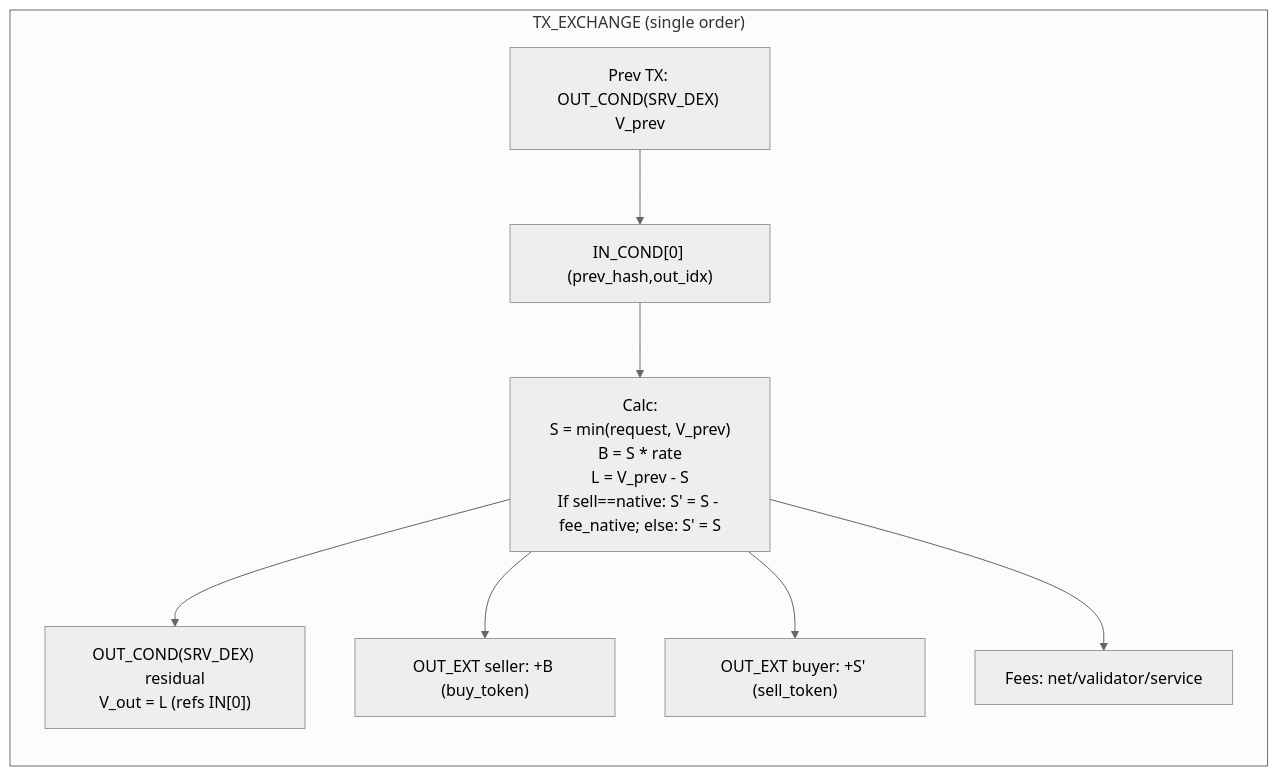
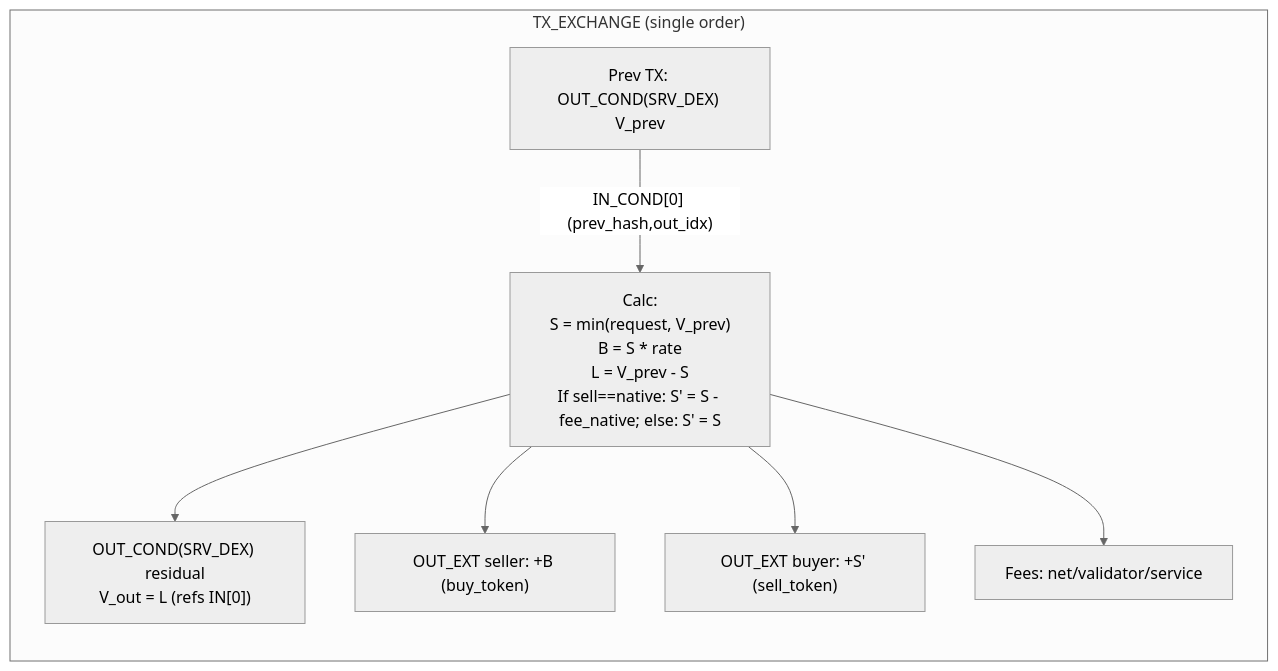
The fourth of 8 diagrams in modules/service/dex/docs/11_DIAGRAMS.md (demlabs-cellframe/cellframe-sdk), drawn with Mermaid (neutral theme) before and after one commit. The commit also changed other lines of this file, not shown here.

````diff
--- a/modules/service/dex/docs/11_DIAGRAMS.md
+++ b/modules/service/dex/docs/11_DIAGRAMS.md
@@ -154,20 +141,18 @@
 ```mermaid
 flowchart LR
 
 subgraph EX_SINGLE["TX_EXCHANGE (single order)"]
   direction TB
   PREV["Prev TX: OUT_COND(SRV_DEX) V_prev"]
-  IN0["IN_COND[0] (prev_hash,out_idx)"]
   CALC["Calc:<br/>S = min(request, V_prev)<br/>B = S * rate<br/>L = V_prev - S<br/>If sell==native: S' = S - fee_native; else: S' = S"]
   OUT_RES["OUT_COND(SRV_DEX) residual<br/>V_out = L (refs IN[0])"]
   OUT_PAY_SELLER["OUT_EXT seller: +B (buy_token)"]
   OUT_PAY_BUYER["OUT_EXT buyer: +S' (sell_token)"]
   FEES["Fees: net/validator/service"]
-  PREV --> IN0
-  IN0 --> CALC
+  PREV -- "IN_COND[0] (prev_hash,out_idx)" --> CALC
   CALC --> OUT_RES
   CALC --> OUT_PAY_SELLER
   CALC --> OUT_PAY_BUYER
   CALC --> FEES
 end
 ```
````
